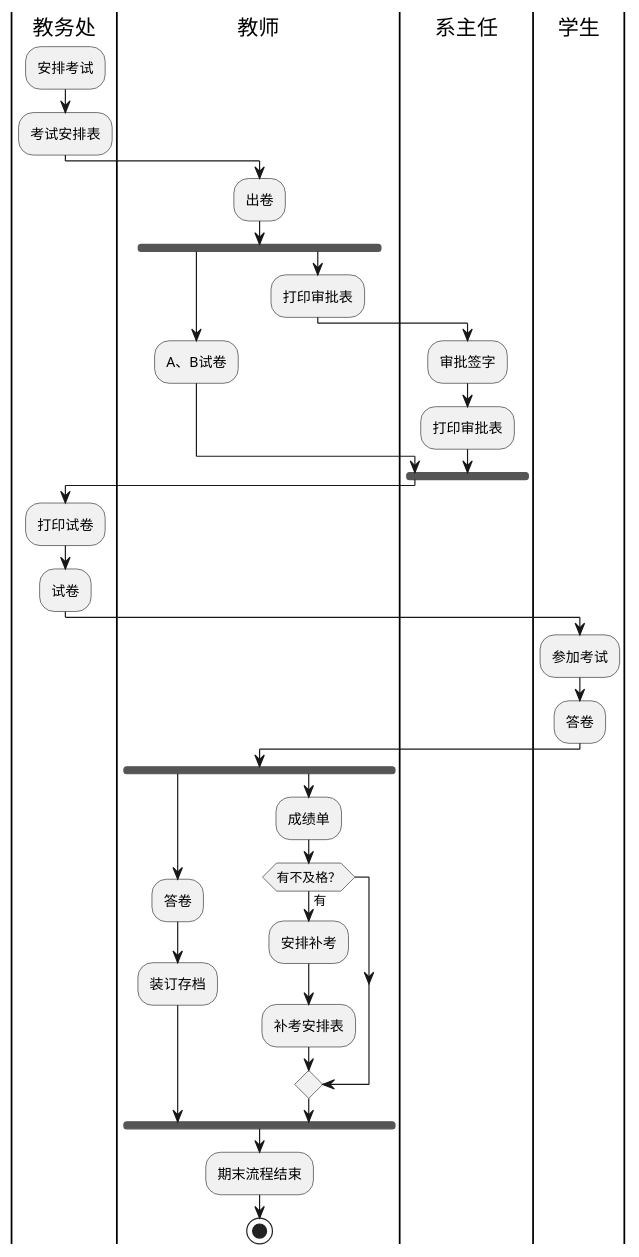
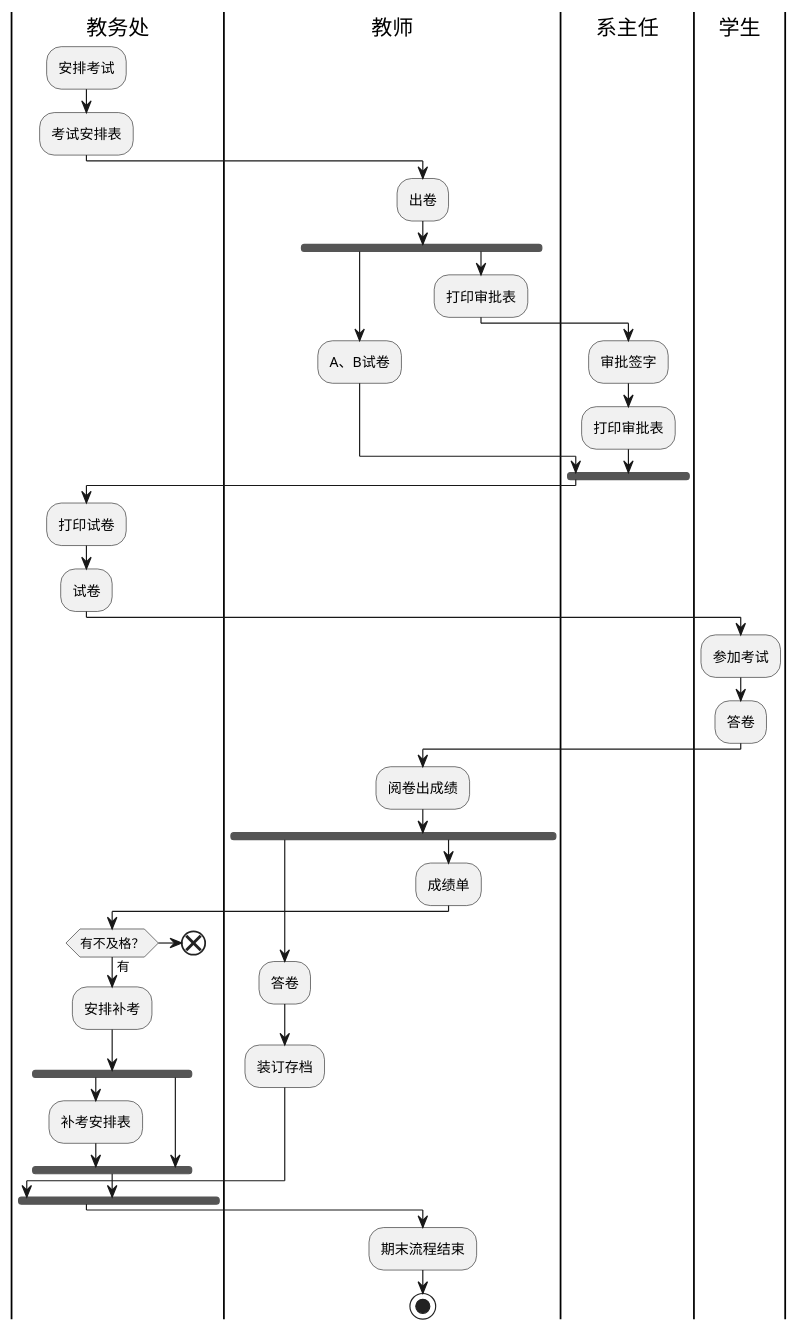
One commit to z915287285/is_analysis changed the diagram in test1/flow1.puml. Above: the diagram before and after it, drawn with PlantUML.

Commit message:
second update

```diff
--- a/test1/flow1.puml
+++ b/test1/flow1.puml
@@ -1,35 +1,43 @@
 @startuml
 |教务处|
 :安排考试;
 :考试安排表;
 |教师|
 :出卷;
 fork
 :A、B试卷;
 fork again
 |教师|
 :打印审批表;
 |系主任|
 :审批签字;
 :打印审批表;
 end fork
 |教务处|
 :打印试卷;
 :试卷;
 |学生|
 :参加考试;
 :答卷;
 |教师|
+:阅卷出成绩;
 fork
 :答卷;
 :装订存档;
 fork again
 :成绩单;
+|教务处|
 if(有不及格？) then(有)
 :安排补考;
+fork
 :补考安排表;
+fork again
+end fork
+else
+end
 endif
-endfork
+end fork
+|教师|
 :期末流程结束;
 stop
 @enduml
```
